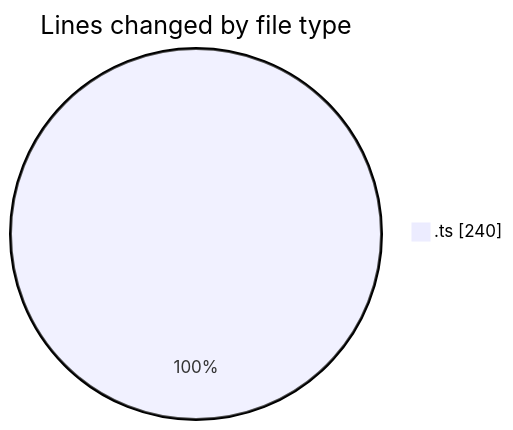
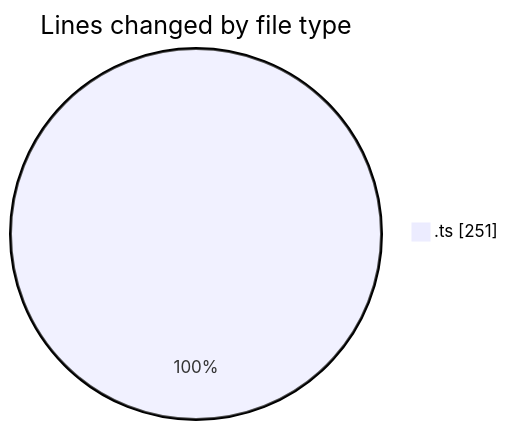
The first of 2 diagrams in 2026-03-31/cinema/README.md (igalym/code-tracking), drawn with Mermaid before and after one commit. The commit also changed other lines of this file and 1 other file, not shown here.

````diff
--- a/2026-03-31/cinema/README.md
+++ b/2026-03-31/cinema/README.md
@@ -30,5 +31,5 @@
 ```mermaid
 pie showData
 title Lines changed by file type
-".ts" : 240
+".ts" : 251
 ```
````
